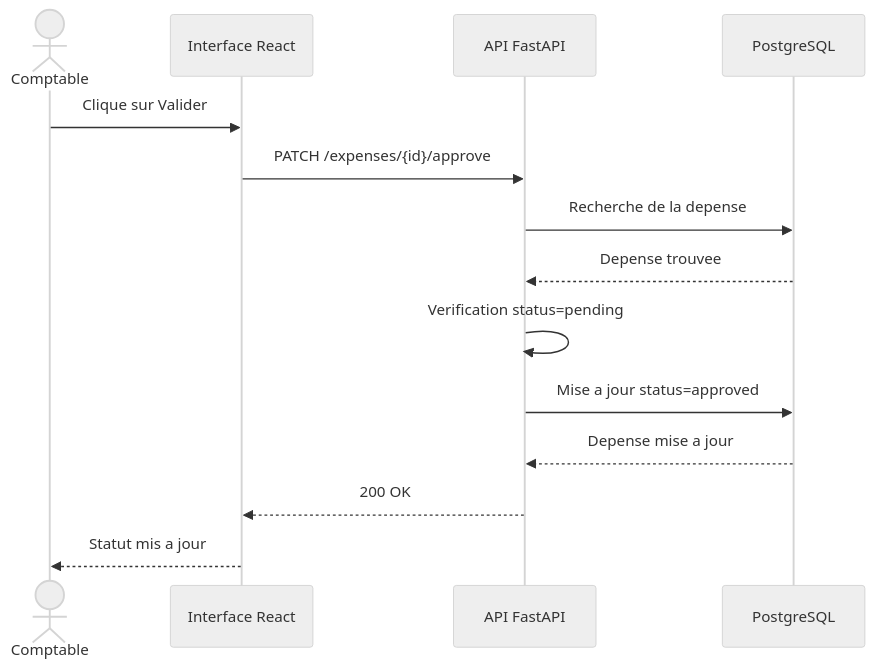
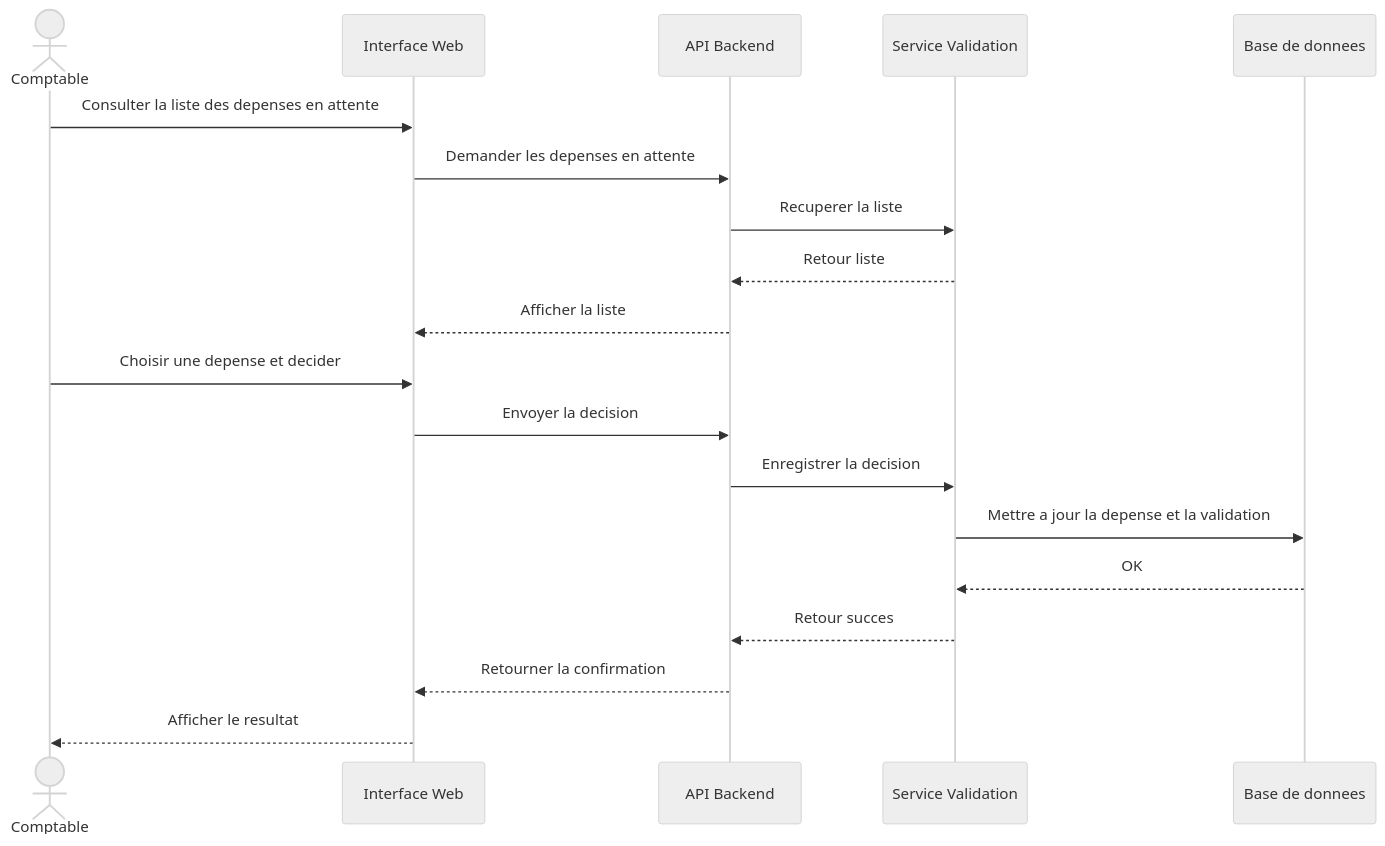
One commit to Khaaoulaaa/FinSmart changed the third of 3 diagrams in livrables/dossier-projet.md. Above: the diagram before and after it, drawn with Mermaid (neutral theme). The commit also changed other lines of this file, not shown here.

Commit message:
docs: align project dossier with diagrams

````diff
--- a/livrables/dossier-projet.md
+++ b/livrables/dossier-projet.md
@@ -339,17 +330,22 @@
 ```mermaid
 sequenceDiagram
     actor Comptable
-    participant Front as Interface React
-    participant API as API FastAPI
-    participant DB as PostgreSQL
+    participant I as Interface Web
+    participant API as API Backend
+    participant S as Service Validation
+    participant DB as Base de donnees
 
-    Comptable->>Front: Clique sur Valider
-    Front->>API: PATCH /expenses/{id}/approve
-    API->>DB: Recherche de la depense
-    DB-->>API: Depense trouvee
-    API->>API: Verification status=pending
-    API->>DB: Mise a jour status=approved
-    DB-->>API: Depense mise a jour
-    API-->>Front: 200 OK
-    Front-->>Comptable: Statut mis a jour
+    Comptable->>I: Consulter la liste des depenses en attente
+    I->>API: Demander les depenses en attente
+    API->>S: Recuperer la liste
+    S-->>API: Retour liste
+    API-->>I: Afficher la liste
+    Comptable->>I: Choisir une depense et decider
+    I->>API: Envoyer la decision
+    API->>S: Enregistrer la decision
+    S->>DB: Mettre a jour la depense et la validation
+    DB-->>S: OK
+    S-->>API: Retour succes
+    API-->>I: Retourner la confirmation
+    I-->>Comptable: Afficher le resultat
 ```
````
